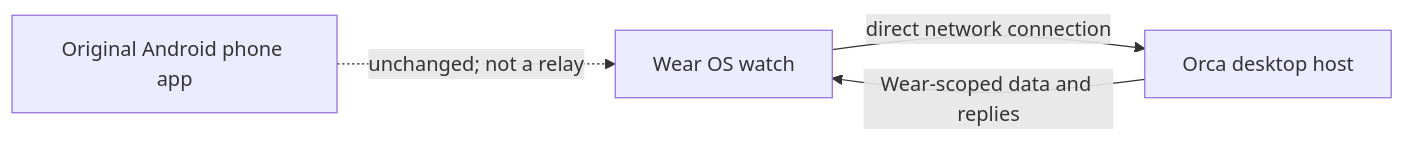
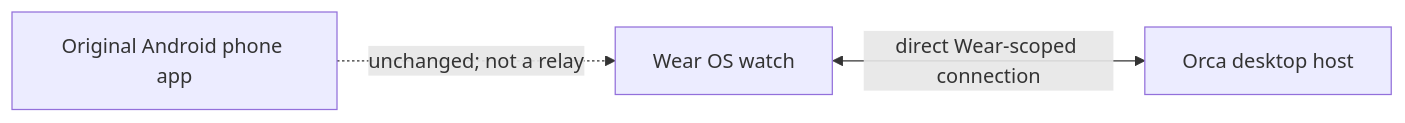
One commit to Dhi13man/orca-wearos changed the diagram in README.md. Above: the diagram before and after it, drawn with Mermaid.

Commit message:
docs(wearos): clarify bidirectional host link
The watch sends replies to the host over the same direct connection used for reads; show that direction accurately in the architecture diagram.

````diff
--- a/README.md
+++ b/README.md
@@ -30,6 +30,5 @@
 ```mermaid
 flowchart LR
-    W[Wear OS watch] -->|direct network connection| H[Orca desktop host]
-    H -->|Wear-scoped data and replies| W
+    W[Wear OS watch] <-->|direct Wear-scoped connection| H[Orca desktop host]
     P[Original Android phone app] -.->|unchanged; not a relay| W
 ```
````
